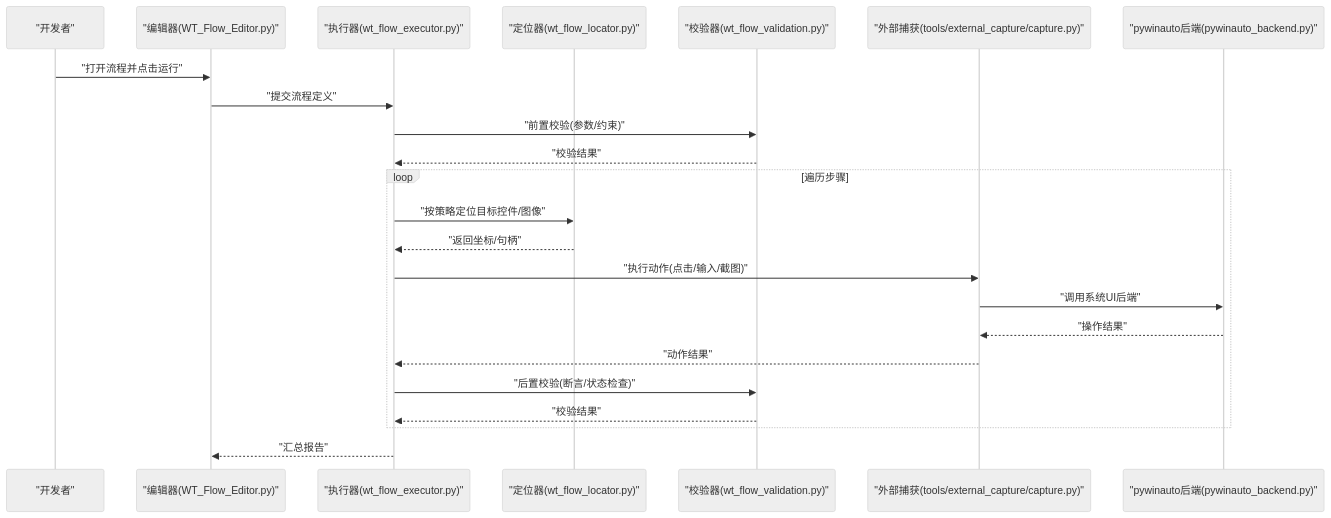
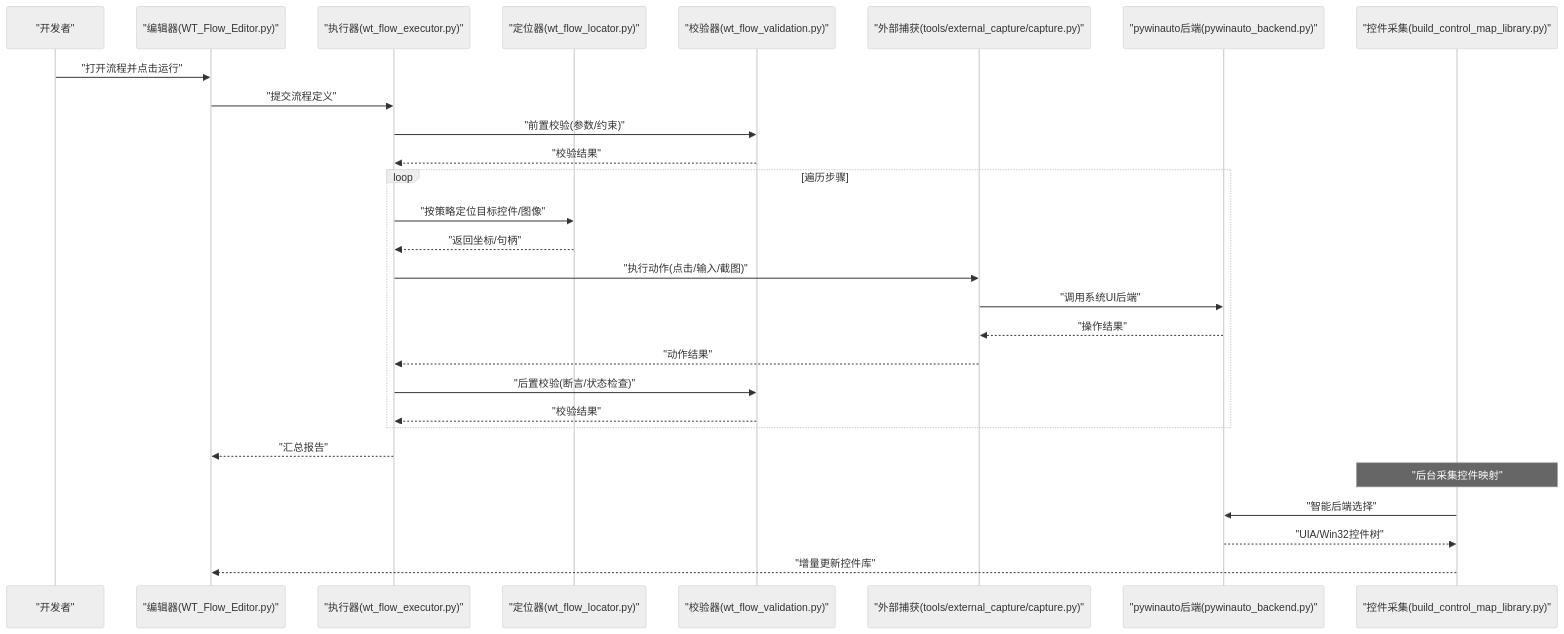
Before and after one commit to hanago33/WT_Automation: the second of 6 diagrams in .qoder/repowiki/zh/content/开发指南/开发指南.md, drawn with Mermaid (neutral theme). The commit also changed other lines of this file and 247 other files, not shown here.

````diff
--- a/.qoder/repowiki/zh/content/开发指南/开发指南.md
+++ b/.qoder/repowiki/zh/content/开发指南/开发指南.md
@@ -145,25 +172,30 @@
 ```mermaid
 sequenceDiagram
 participant Dev as "开发者"
 participant UI as "编辑器(WT_Flow_Editor.py)"
 participant Exec as "执行器(wt_flow_executor.py)"
 participant Loc as "定位器(wt_flow_locator.py)"
 participant Val as "校验器(wt_flow_validation.py)"
 participant Cap as "外部捕获(tools/external_capture/capture.py)"
 participant Backend as "pywinauto后端(pywinauto_backend.py)"
+participant Collector as "控件采集(build_control_map_library.py)"
 Dev->>UI : "打开流程并点击运行"
 UI->>Exec : "提交流程定义"
 Exec->>Val : "前置校验(参数/约束)"
 Val-->>Exec : "校验结果"
 loop 遍历步骤
 Exec->>Loc : "按策略定位目标控件/图像"
 Loc-->>Exec : "返回坐标/句柄"
 Exec->>Cap : "执行动作(点击/输入/截图)"
 Cap->>Backend : "调用系统UI后端"
 Backend-->>Cap : "操作结果"
 Cap-->>Exec : "动作结果"
 Exec->>Val : "后置校验(断言/状态检查)"
 Val-->>Exec : "校验结果"
 end
 Exec-->>UI : "汇总报告"
+Note over Collector : "后台采集控件映射"
+Collector->>Backend : "智能后端选择"
+Backend-->>Collector : "UIA/Win32控件树"
+Collector-->>UI : "增量更新控件库"
 ```
````
